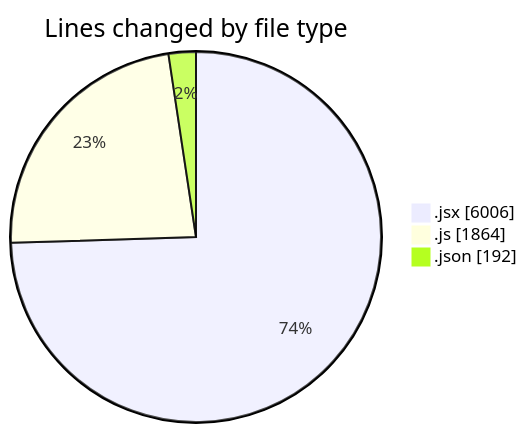
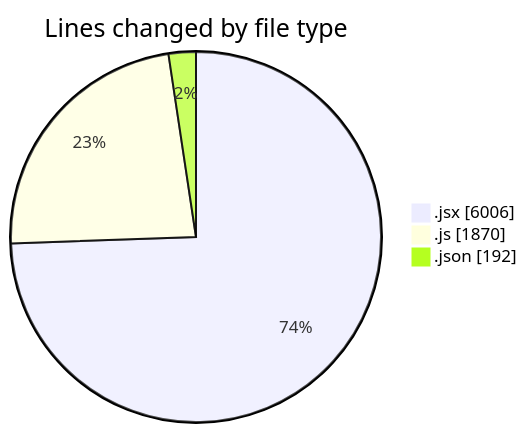
The first of 2 diagrams in 2025-08-06/nxtqube_webapp/README.md (nxtqubesakshisongat/code-tracking), drawn with Mermaid before and after one commit. The commit also changed other lines of this file and 1 other file, not shown here.

````diff
--- a/2025-08-06/nxtqube_webapp/README.md
+++ b/2025-08-06/nxtqube_webapp/README.md
@@ -31,7 +31,7 @@
 ```mermaid
 pie showData
 title Lines changed by file type
 ".jsx" : 6006
-".js" : 1864
+".js" : 1870
 ".json" : 192
 ```
````
